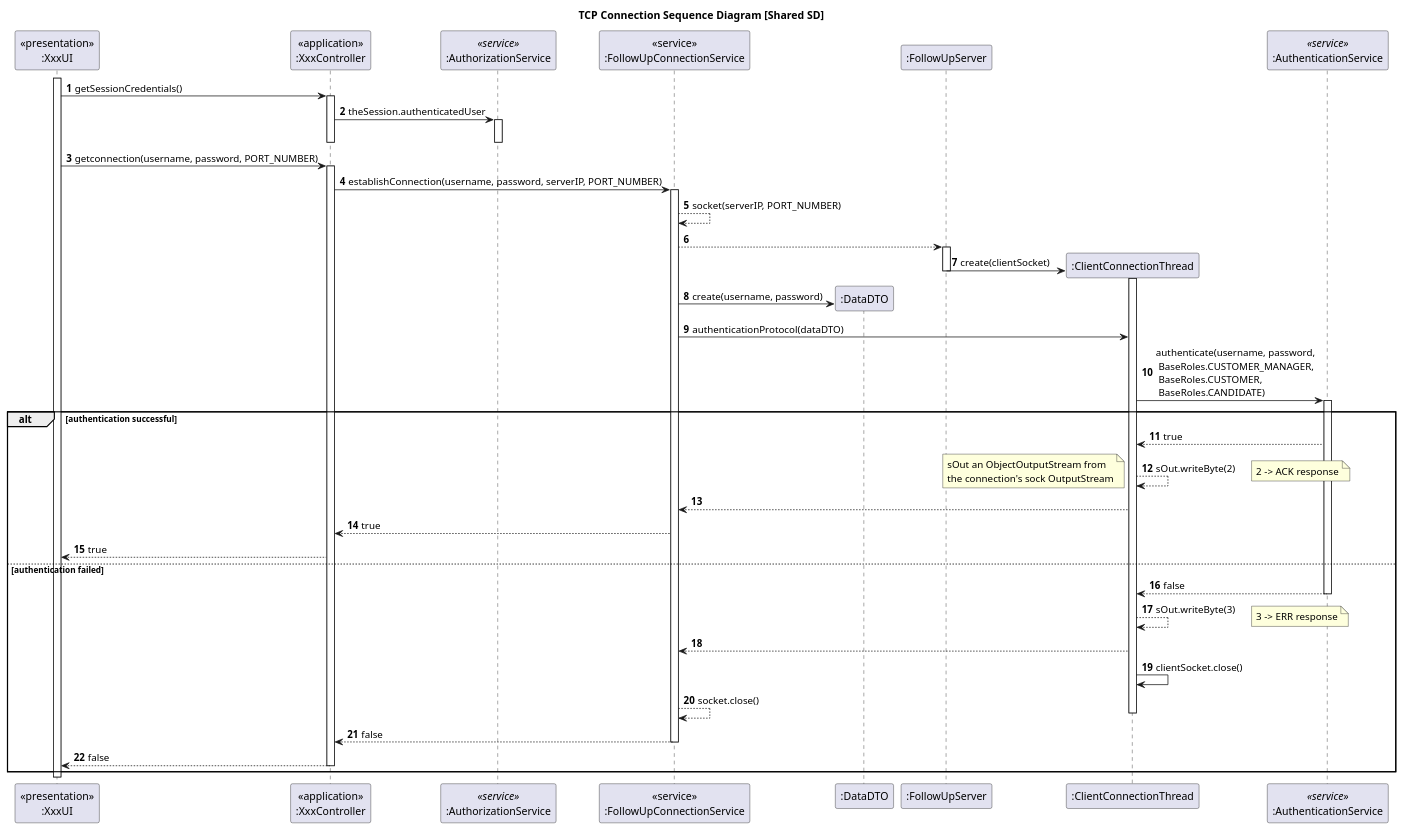
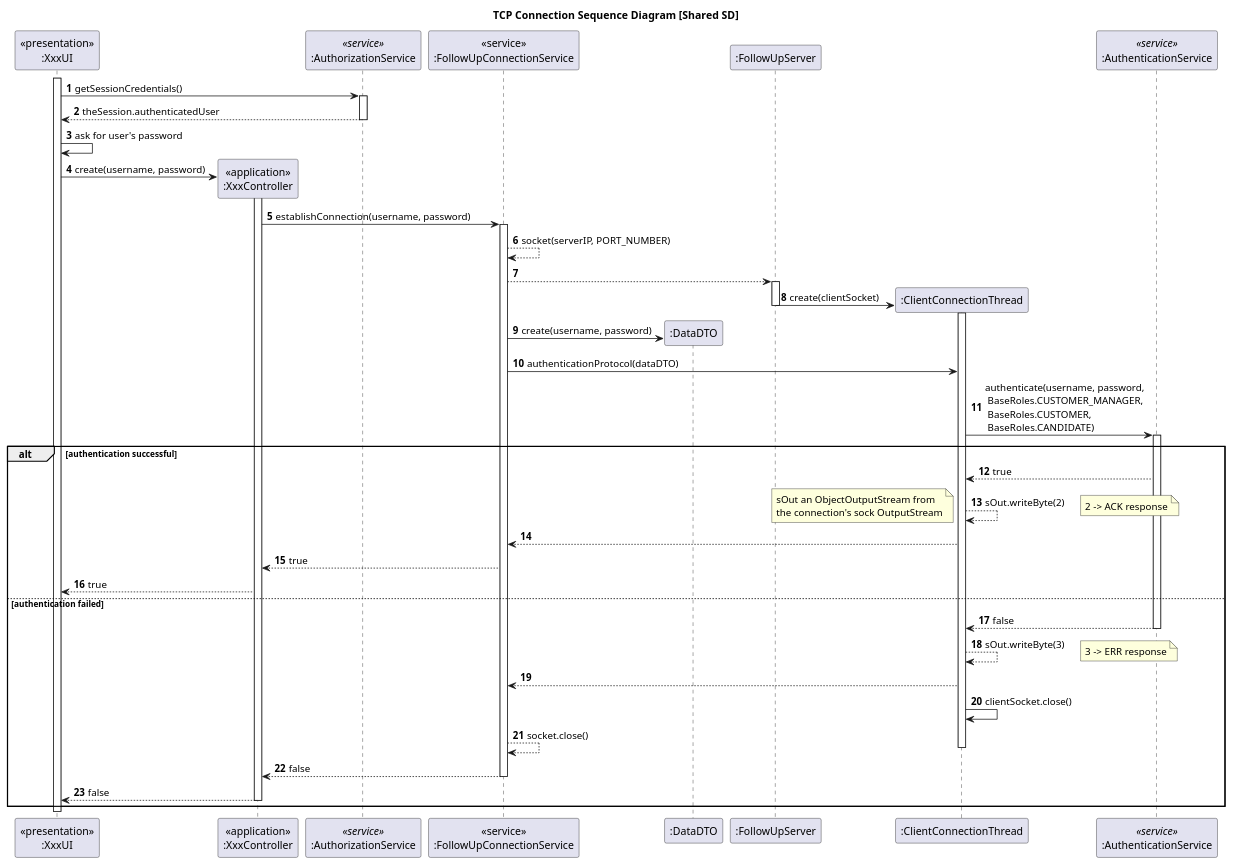
The diagram in docs/team-decisions/shared-sequence-diagram/sequence-diagram-tcp-connection.puml (rita-barbosa/LAPR4-2324), drawn with PlantUML before and after one commit. The commit also changed 5 other files, not shown here.

First line of the commit message:
docs: US3002 - Diagrams Documentation Update

```diff
--- a/docs/team-decisions/shared-sequence-diagram/sequence-diagram-tcp-connection.puml
+++ b/docs/team-decisions/shared-sequence-diagram/sequence-diagram-tcp-connection.puml
@@ -1,94 +1,92 @@
 @startuml
 
 title TCP Connection Sequence Diagram [Shared SD]
 
 participant "<<presentation>>\n:XxxUI" as UI
 participant "<<application>>\n:XxxController" as CTRL
 participant ":AuthorizationService" as AUTHZ <<service>>
 
 participant "<<service>>\n:FollowUpConnectionService" as ConnSrv
 participant ":DataDTO" as DataDTO
 participant ":FollowUpServer" as SERVER
 participant ":ClientConnectionThread" as CLITHREAD
 
 participant ":AuthenticationService" as AUTH <<service>>
 
 autonumber
 
 activate UI
 
-UI -> CTRL : getSessionCredentials()
+UI -> AUTHZ : getSessionCredentials()
+activate AUTHZ
+AUTHZ --> UI : theSession.authenticatedUser
+deactivate AUTHZ
+
+
+UI -> UI : ask for user's password
+
+UI -> CTRL** : create(username, password)
 activate CTRL
 
-CTRL -> AUTHZ : theSession.authenticatedUser
-activate AUTHZ
-deactivate AUTHZ
-
-deactivate CTRL
-
-
-UI -> CTRL : getconnection(username, password, PORT_NUMBER)
-activate CTRL
-
-    CTRL -> ConnSrv : establishConnection(username, password, serverIP, PORT_NUMBER)
+    CTRL -> ConnSrv : establishConnection(username, password)
     activate ConnSrv
 
     ConnSrv --> ConnSrv : socket(serverIP, PORT_NUMBER)
     ConnSrv --> SERVER
     activate SERVER
 
         SERVER -> CLITHREAD** : create(clientSocket)
         activate CLITHREAD
         deactivate SERVER
 
     ConnSrv -> DataDTO** : create(username, password)
 
     ConnSrv -> CLITHREAD : authenticationProtocol(dataDTO)
     CLITHREAD -> AUTH : authenticate(username, password,\n BaseRoles.CUSTOMER_MANAGER,\n BaseRoles.CUSTOMER,\n BaseRoles.CANDIDATE)
     activate AUTH
 
     alt authentication successful
             AUTH --> CLITHREAD : true
 
         CLITHREAD --> CLITHREAD : sOut.writeByte(2)
         note left
         sOut an ObjectOutputStream from
         the connection's sock OutputStream
         end note
 
         note right
         2 -> ACK response
         end note
 
         CLITHREAD --> ConnSrv
 
         ConnSrv --> CTRL : true
 
         CTRL --> UI : true
 
     else authentication failed
 
         AUTH --> CLITHREAD : false
         deactivate AUTH
 
         CLITHREAD --> CLITHREAD : sOut.writeByte(3)
         note right
         3 -> ERR response
         end note
 
         CLITHREAD --> ConnSrv
 
         CLITHREAD -> CLITHREAD : clientSocket.close()
 
         ConnSrv --> ConnSrv : socket.close()
         deactivate CLITHREAD
         ConnSrv --> CTRL : false
         deactivate ConnSrv
 
         CTRL --> UI : false
         deactivate CTRL
     end alt
 
 deactivate UI
 
 @enduml
```
